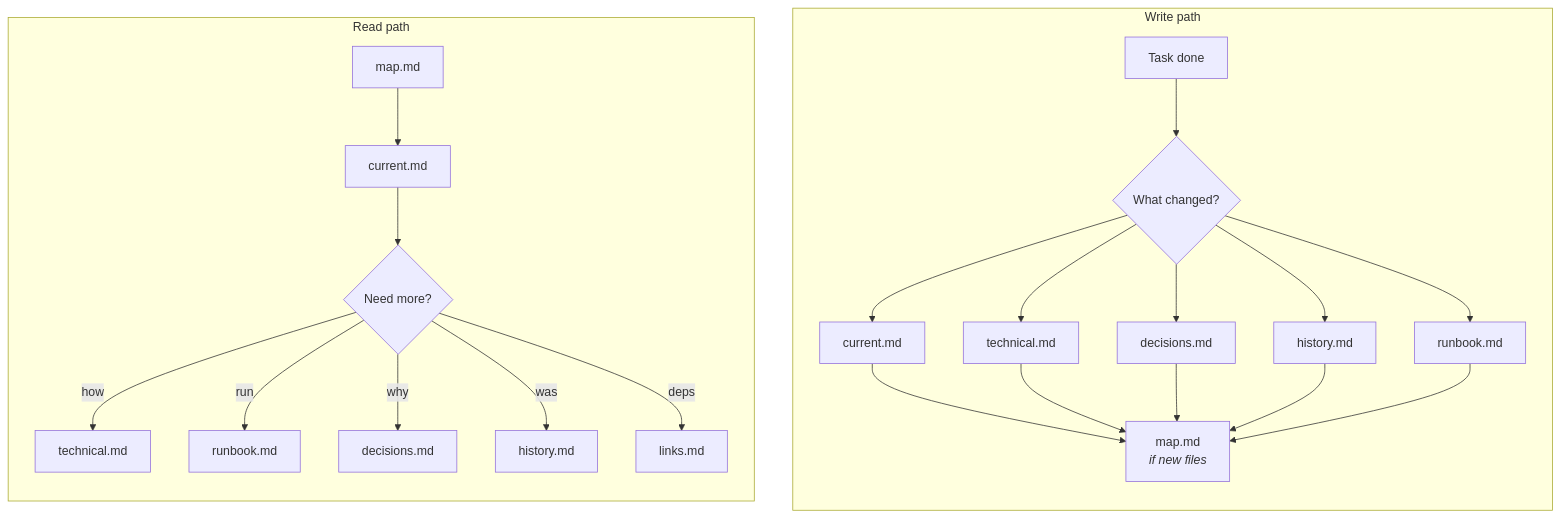
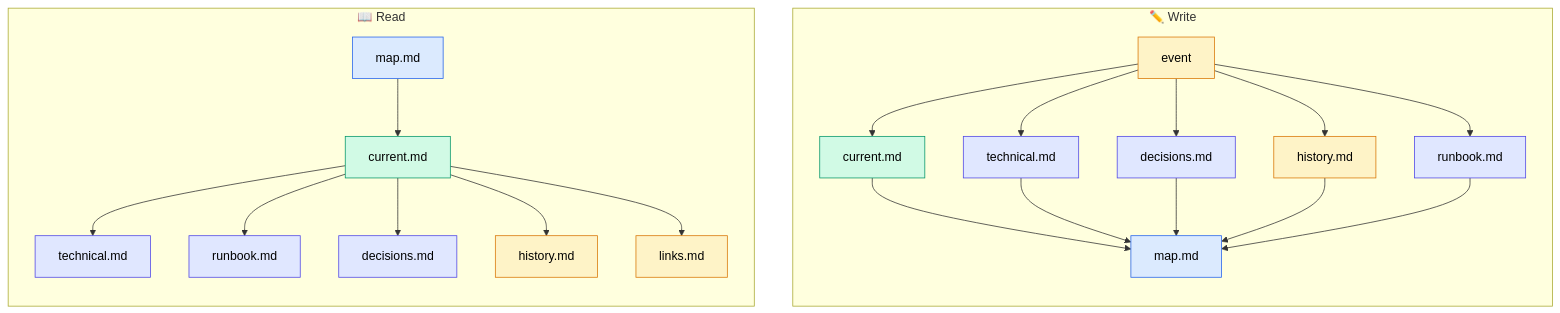
Before and after one commit to shavkunov/Second-brain: the first of 3 diagrams in README.md, drawn with Mermaid. The commit also changed other lines of this file and 5 other files, not shown here.

First line of the commit message:
Redesign README: 3 Mermaid diagrams, file table, update matrix, lifecycle, principles

````diff
--- a/README.md
+++ b/README.md
@@ -43,26 +24,37 @@
 ```mermaid
 flowchart LR
-    subgraph READ["Read path"]
-        direction TB
-        R1["map.md"] --> R2["current.md"]
-        R2 --> R3{"Need more?"}
-        R3 -->|how| R4["technical.md"]
-        R3 -->|run| R5["runbook.md"]
-        R3 -->|why| R6["decisions.md"]
-        R3 -->|was| R7["history.md"]
-        R3 -->|deps| R8["links.md"]
+    subgraph read ["📖  Read"]
+        M["map.md"] --> C["current.md"]
+        C --> T["technical.md"]
+        C --> R["runbook.md"]
+        C --> D["decisions.md"]
+        C --> H["history.md"]
+        C --> L["links.md"]
     end
 
-    subgraph WRITE["Write path"]
-        direction TB
-        W1["Task done"] --> W2{"What changed?"}
-        W2 --> W3["current.md"]
-        W2 --> W4["technical.md"]
-        W2 --> W5["decisions.md"]
-        W2 --> W6["history.md"]
-        W2 --> W7["runbook.md"]
-        W3 & W4 & W5 & W6 & W7 --> W8["map.md<br/><i>if new files</i>"]
+    subgraph write ["✏️  Write"]
+        E["event"] --> C2["current.md"]
+        E --> T2["technical.md"]
+        E --> D2["decisions.md"]
+        E --> H2["history.md"]
+        E --> R2["runbook.md"]
+        C2 & T2 & D2 & H2 & R2 --> MAP["map.md"]
     end
 
-    READ ~~~ WRITE
+    read ~~~ write
+
+    style M fill:#dbeafe,stroke:#2563eb,color:#000
+    style C fill:#d1fae5,stroke:#059669,color:#000
+    style T fill:#e0e7ff,stroke:#4f46e5,color:#000
+    style R fill:#e0e7ff,stroke:#4f46e5,color:#000
+    style D fill:#e0e7ff,stroke:#4f46e5,color:#000
+    style H fill:#fef3c7,stroke:#d97706,color:#000
+    style L fill:#fef3c7,stroke:#d97706,color:#000
+    style E fill:#fef3c7,stroke:#d97706,color:#000
+    style C2 fill:#d1fae5,stroke:#059669,color:#000
+    style T2 fill:#e0e7ff,stroke:#4f46e5,color:#000
+    style D2 fill:#e0e7ff,stroke:#4f46e5,color:#000
+    style H2 fill:#fef3c7,stroke:#d97706,color:#000
+    style R2 fill:#e0e7ff,stroke:#4f46e5,color:#000
+    style MAP fill:#dbeafe,stroke:#2563eb,color:#000
 ```
````
